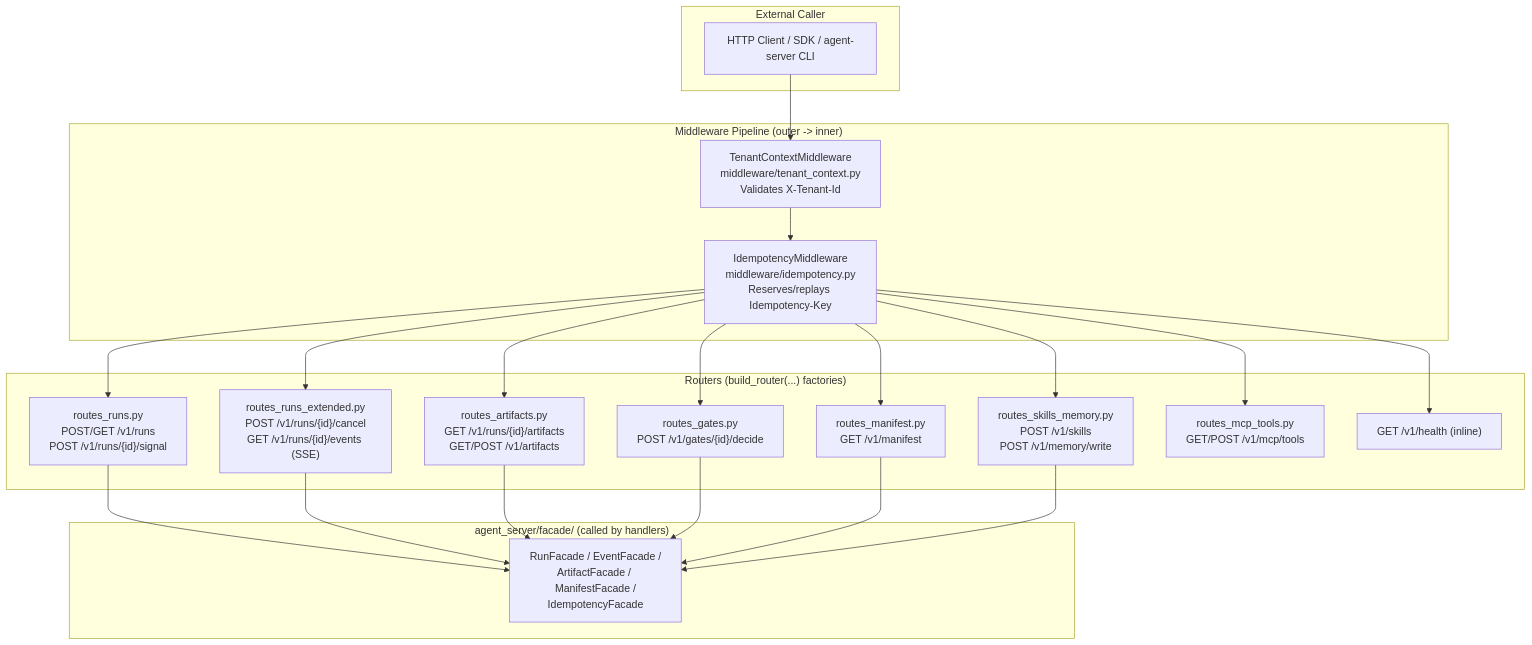
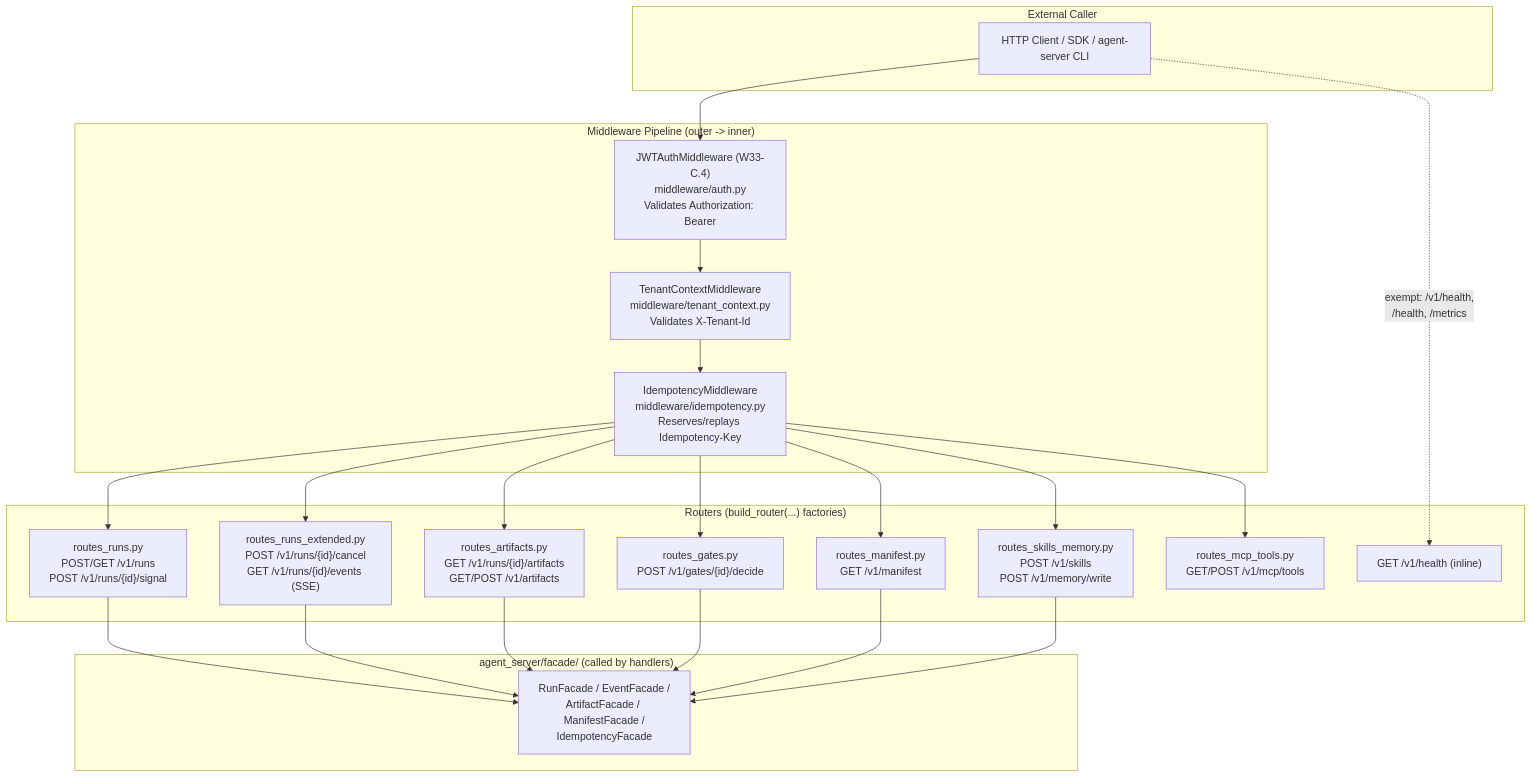
One commit to chaosxingxc-orion/hi-agent changed the first of 4 diagrams in agent_server/api/ARCHITECTURE.md. Above: the diagram before and after it, drawn with Mermaid. The commit also changed other lines of this file and 6 other files, not shown here.

````diff
--- a/agent_server/api/ARCHITECTURE.md
+++ b/agent_server/api/ARCHITECTURE.md
@@ -73,44 +76,46 @@
 ```mermaid
 graph TD
     subgraph CLIENT["External Caller"]
         HTTPC["HTTP Client / SDK / agent-server CLI"]
     end
 
     subgraph MIDDLEWARE["Middleware Pipeline (outer -> inner)"]
+        JWT["JWTAuthMiddleware (W33-C.4)<br/>middleware/auth.py<br/>Validates Authorization: Bearer"]
         TC["TenantContextMiddleware<br/>middleware/tenant_context.py<br/>Validates X-Tenant-Id"]
         IDEM["IdempotencyMiddleware<br/>middleware/idempotency.py<br/>Reserves/replays Idempotency-Key"]
     end
 
     subgraph ROUTERS["Routers (build_router(...) factories)"]
         RUNS["routes_runs.py<br/>POST/GET /v1/runs<br/>POST /v1/runs/{id}/signal"]
         RUNX["routes_runs_extended.py<br/>POST /v1/runs/{id}/cancel<br/>GET /v1/runs/{id}/events (SSE)"]
         ARTS["routes_artifacts.py<br/>GET /v1/runs/{id}/artifacts<br/>GET/POST /v1/artifacts"]
         GATES["routes_gates.py<br/>POST /v1/gates/{id}/decide"]
         MANI["routes_manifest.py<br/>GET /v1/manifest"]
         SKM["routes_skills_memory.py<br/>POST /v1/skills<br/>POST /v1/memory/write"]
         MCPT["routes_mcp_tools.py<br/>GET/POST /v1/mcp/tools"]
         HEALTH["GET /v1/health (inline)"]
     end
 
     subgraph FACADE["agent_server/facade/ (called by handlers)"]
         F["RunFacade / EventFacade /<br/>ArtifactFacade / ManifestFacade /<br/>IdempotencyFacade"]
     end
 
-    HTTPC --> TC
+    HTTPC --> JWT
+    JWT --> TC
     TC --> IDEM
     IDEM --> RUNS
     IDEM --> RUNX
     IDEM --> ARTS
     IDEM --> GATES
     IDEM --> MANI
     IDEM --> SKM
     IDEM --> MCPT
-    IDEM --> HEALTH
+    HTTPC -. "exempt: /v1/health,<br/>/health, /metrics" .-> HEALTH
 
     RUNS --> F
     RUNX --> F
     ARTS --> F
     GATES --> F
     MANI --> F
     SKM --> F
 ```
````
